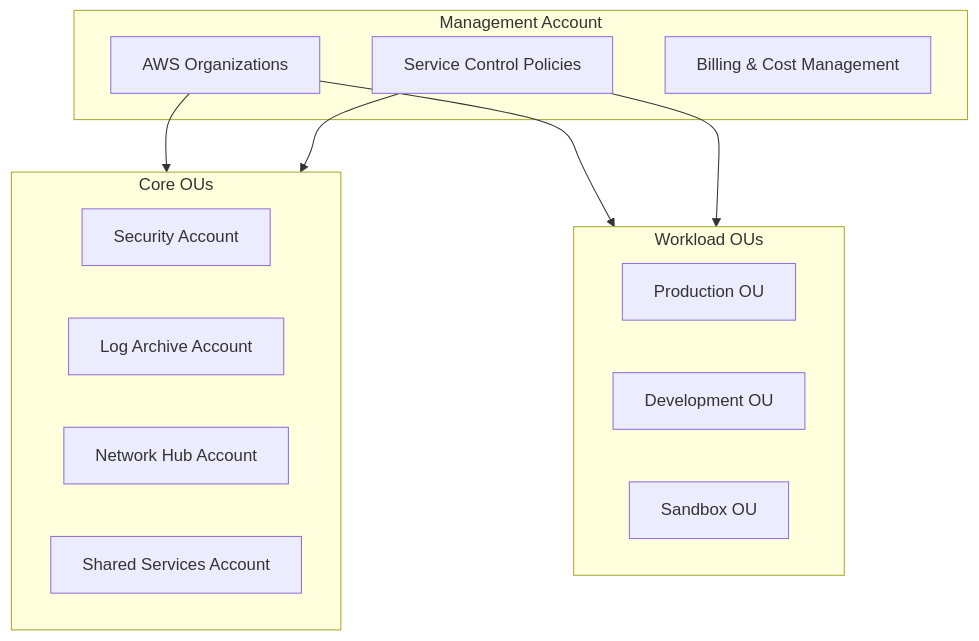
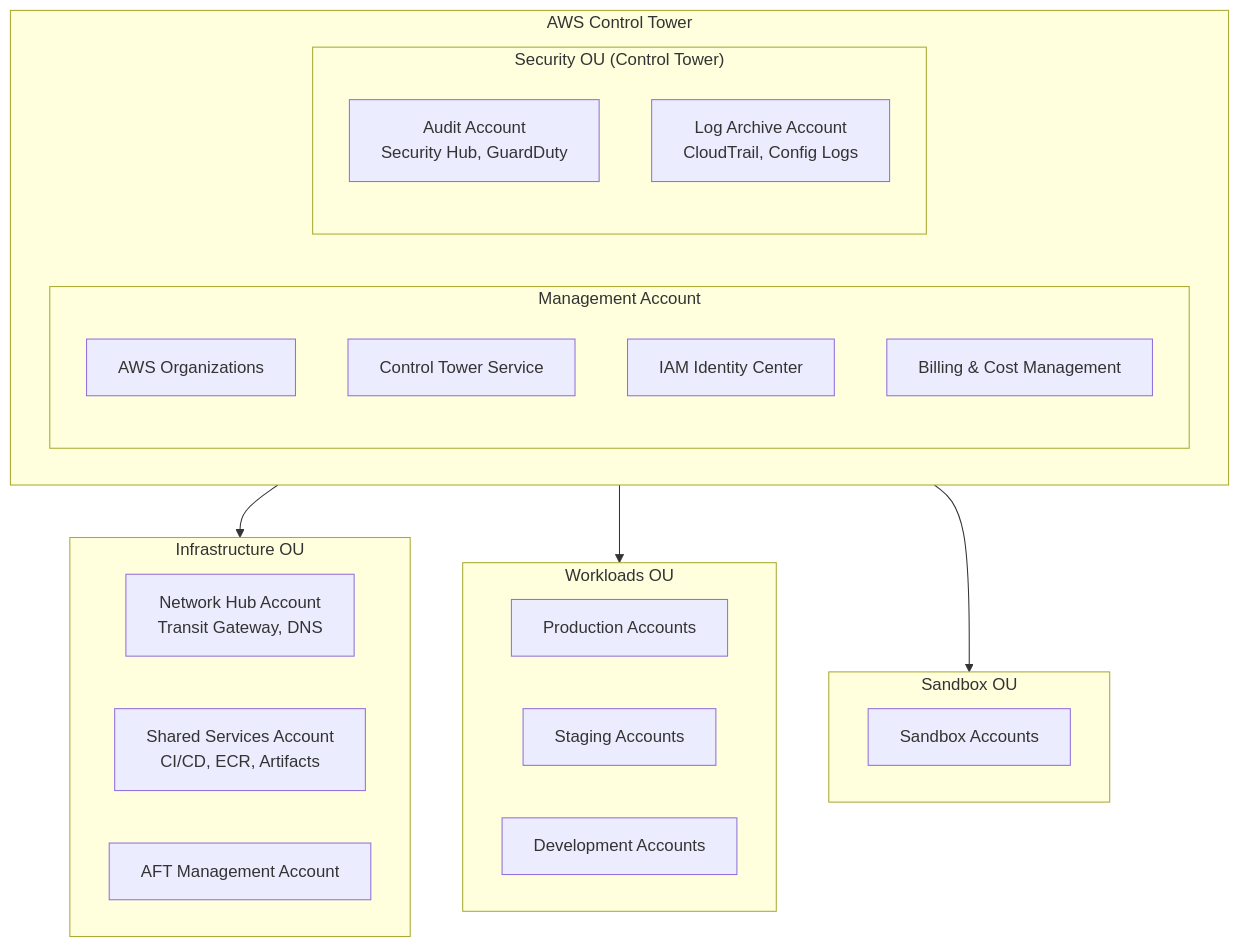
The first of 2 diagrams in docs/docs/architecture/overview.md (clopca/aws-landing-zone-template), drawn with Mermaid before and after one commit. The commit also changed other lines of this file and 19 other files, not shown here.

First line of the commit message:
feat: integrate AWS Control Tower as foundation

````diff
--- a/docs/docs/architecture/overview.md
+++ b/docs/docs/architecture/overview.md
@@ -19,26 +34,36 @@
 ```mermaid
 graph TB
-    subgraph Management["Management Account"]
-        ORG[AWS Organizations]
-        SCPs[Service Control Policies]
-        BILLING[Billing & Cost Management]
+    subgraph CT["AWS Control Tower"]
+        subgraph Management["Management Account"]
+            ORG[AWS Organizations]
+            CT_SVC[Control Tower Service]
+            SSO[IAM Identity Center]
+            BILLING[Billing & Cost Management]
+        end
+        
+        subgraph CoreOU["Security OU (Control Tower)"]
+            AUDIT[Audit Account<br/>Security Hub, GuardDuty]
+            LOG[Log Archive Account<br/>CloudTrail, Config Logs]
+        end
     end
     
-    subgraph Core["Core OUs"]
-        SEC[Security Account]
-        LOG[Log Archive Account]
-        NET[Network Hub Account]
-        SHARED[Shared Services Account]
+    subgraph InfraOU["Infrastructure OU"]
+        NET[Network Hub Account<br/>Transit Gateway, DNS]
+        SHARED[Shared Services Account<br/>CI/CD, ECR, Artifacts]
+        AFT_MGMT[AFT Management Account]
     end
     
-    subgraph Workloads["Workload OUs"]
-        PROD[Production OU]
-        DEV[Development OU]
-        SANDBOX[Sandbox OU]
+    subgraph WorkloadOU["Workloads OU"]
+        PROD[Production Accounts]
+        STAGING[Staging Accounts]
+        DEV[Development Accounts]
     end
     
-    ORG --> Core
-    ORG --> Workloads
-    SCPs --> Core
-    SCPs --> Workloads
+    subgraph SandboxOU["Sandbox OU"]
+        SANDBOX[Sandbox Accounts]
+    end
+    
+    CT --> InfraOU
+    CT --> WorkloadOU
+    CT --> SandboxOU
 ```
````
